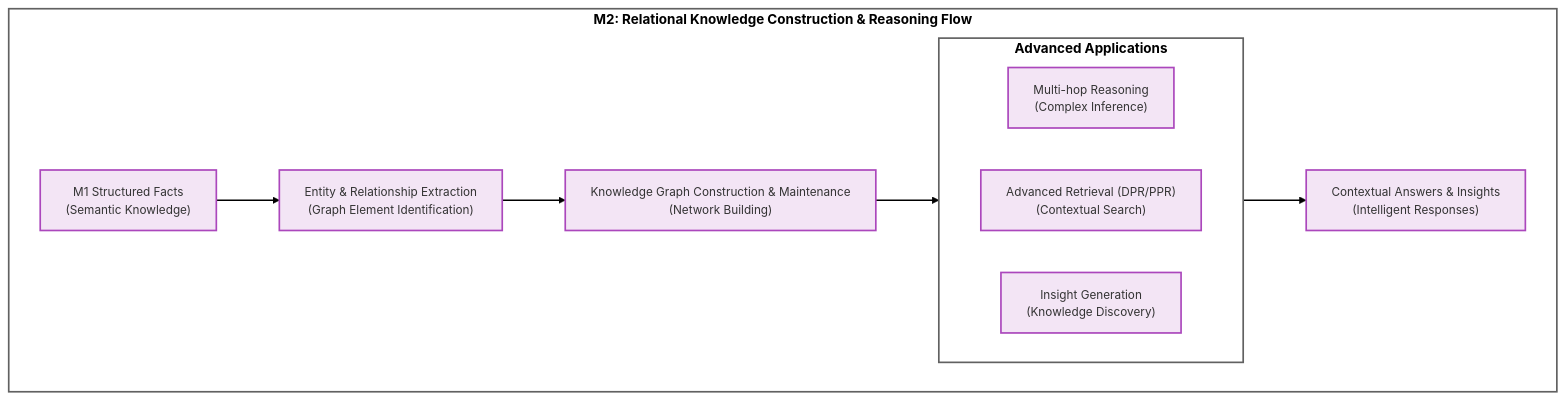
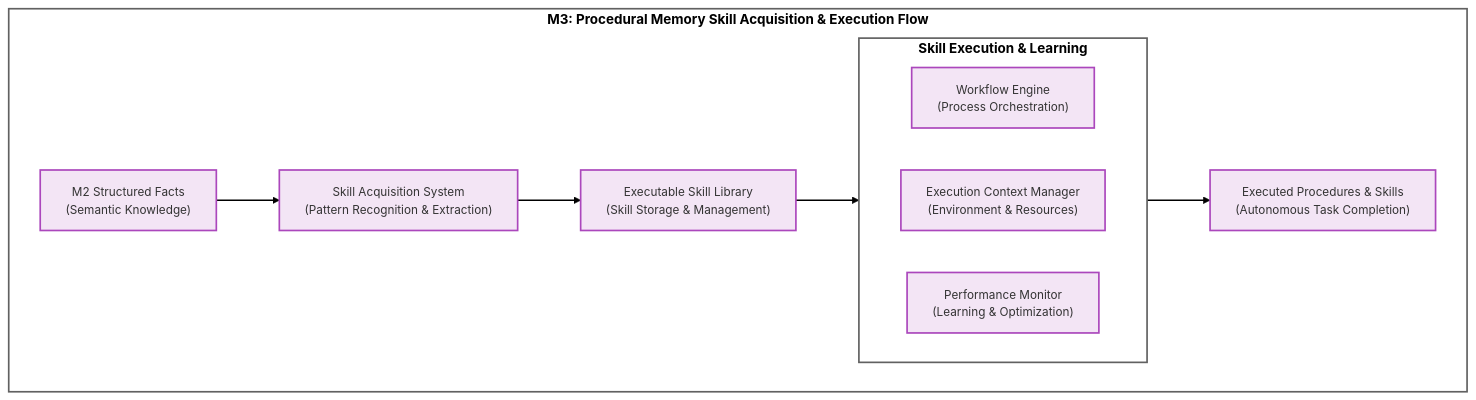
The third of 8 diagrams in docs/architecture/memory.md (memfuse/memfuse), drawn with Mermaid before and after one commit. The commit also changed other lines of this file and 17 other files, not shown here.

First line of the commit message:
feat(memory): update memory layer architecture and introduce M3 layer

````diff
--- a/docs/architecture/memory.md
+++ b/docs/architecture/memory.md
@@ -540,25 +589,25 @@
 ```mermaid
 ---
 config:
   theme: neo
 ---
 graph TD
-    subgraph m2_flow ["M2: Relational Knowledge Construction & Reasoning Flow"]
-        Input["M1 Structured Facts<br/>(Semantic Knowledge)"] --> Extraction["Entity & Relationship Extraction<br/>(Graph Element Identification)"]
-        Extraction --> KG["Knowledge Graph Construction & Maintenance<br/>(Network Building)"]
-        subgraph reasoning_sub ["Advanced Applications"]
+    subgraph m3_flow ["M3: Procedural Memory Skill Acquisition & Execution Flow"]
+        Input["M2 Structured Facts<br/>(Semantic Knowledge)"] --> SkillExtraction["Skill Acquisition System<br/>(Pattern Recognition & Extraction)"]
+        SkillExtraction --> SkillLibrary["Executable Skill Library<br/>(Skill Storage & Management)"]
+        subgraph execution_sub ["Skill Execution & Learning"]
             direction LR
-            Reasoning["Multi-hop Reasoning<br/>(Complex Inference)"]
-            Retrieval["Advanced Retrieval (DPR/PPR)<br/>(Contextual Search)"]
-            Insights["Insight Generation<br/>(Knowledge Discovery)"]
+            WorkflowEngine["Workflow Engine<br/>(Process Orchestration)"]
+            ContextManager["Execution Context Manager<br/>(Environment & Resources)"]
+            PerformanceMonitor["Performance Monitor<br/>(Learning & Optimization)"]
         end
-        KG --> reasoning_sub
-        reasoning_sub --> Output["Contextual Answers & Insights<br/>(Intelligent Responses)"]
+        SkillLibrary --> execution_sub
+        execution_sub --> Output["Executed Procedures & Skills<br/>(Autonomous Task Completion)"]
     end
     classDef default fill:#fff,stroke:#333,stroke-width:2px,font-size:14px,white-space:nowrap;
     classDef header_style stroke:#616161,stroke-width:2px,color:black,font-weight:bold,font-size:16px,white-space:nowrap;
     classDef node_style fill:#F3E5F5,stroke:#AB47BC;
-    class Input,Extraction,KG,Reasoning,Retrieval,Insights,Output node_style;
-    m2_flow:::header_style;
-    reasoning_sub:::header_style;
+    class Input,SkillExtraction,SkillLibrary,WorkflowEngine,ContextManager,PerformanceMonitor,Output node_style;
+    m3_flow:::header_style;
+    execution_sub:::header_style;
 ```
````
